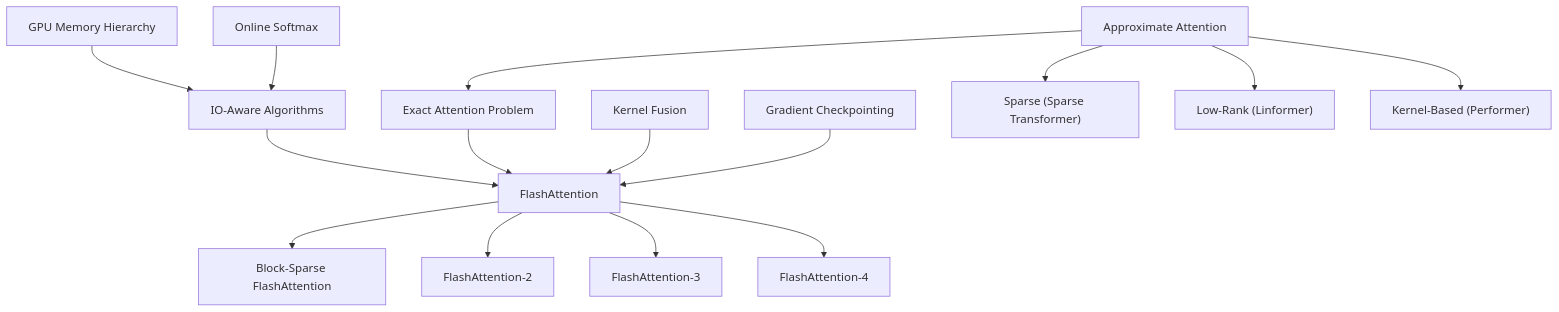
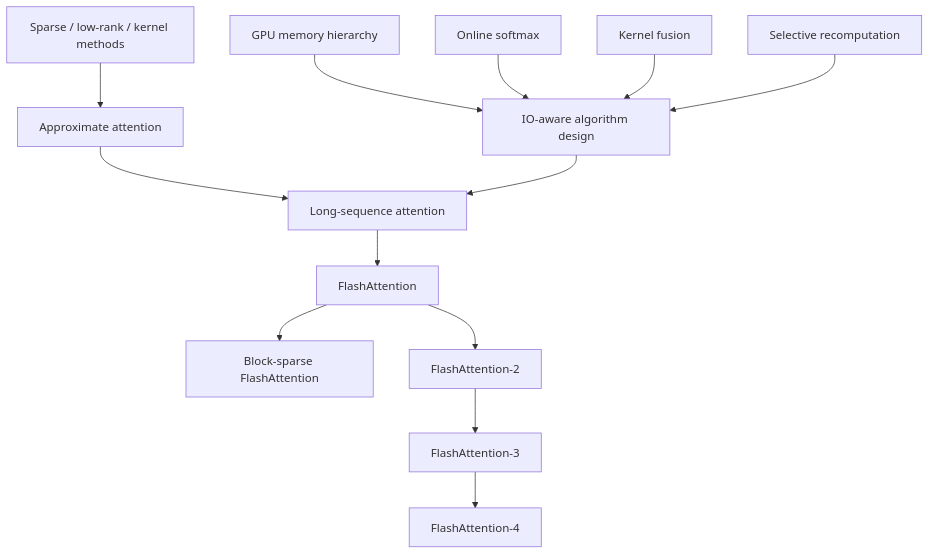
The diagram in docs/algorithms/flashattention/flashattention.md (zhongzhouTan-coder/zhongzhouTan-coder.github.io), drawn with Mermaid before and after one commit. The commit also changed other lines of this file and 9 other files, not shown here.

Commit message:
[docs] update the flash attention algorithm

````diff
--- a/docs/algorithms/flashattention/flashattention.md
+++ b/docs/algorithms/flashattention/flashattention.md
@@ -47,19 +52,15 @@
 ```mermaid
 flowchart TD
-    A["GPU Memory Hierarchy"] --> B["IO-Aware Algorithms"]
-    C["Online Softmax"] --> B
-    D["Approximate Attention"] --> E["Exact Attention Problem"]
-    B --> F["FlashAttention"]
-    E --> F
-    G["Kernel Fusion"] --> F
-    H["Gradient Checkpointing"] --> F
-
-    D --> D1["Sparse (Sparse Transformer)"]
-    D --> D2["Low-Rank (Linformer)"]
-    D --> D3["Kernel-Based (Performer)"]
-
-    F --> I["Block-Sparse FlashAttention"]
-    F --> J["FlashAttention-2"]
-    F --> K["FlashAttention-3"]
-    F --> L["FlashAttention-4"]
+        H["GPU memory hierarchy"] --> IO["IO-aware algorithm design"]
+        OS["Online softmax"] --> IO
+        KF["Kernel fusion"] --> IO
+        RC["Selective recomputation"] --> IO
+        APP["Approximate attention"] --> LONG["Long-sequence attention"]
+        IO --> LONG
+        SP["Sparse / low-rank / kernel methods"] --> APP
+        LONG --> FA1["FlashAttention"]
+        FA1 --> BS["Block-sparse FlashAttention"]
+        FA1 --> FA2["FlashAttention-2"]
+        FA2 --> FA3["FlashAttention-3"]
+        FA3 --> FA4["FlashAttention-4"]
 ```
````
